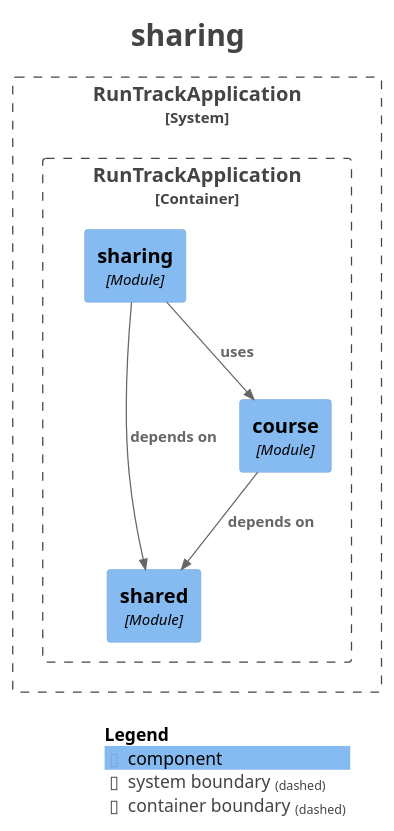
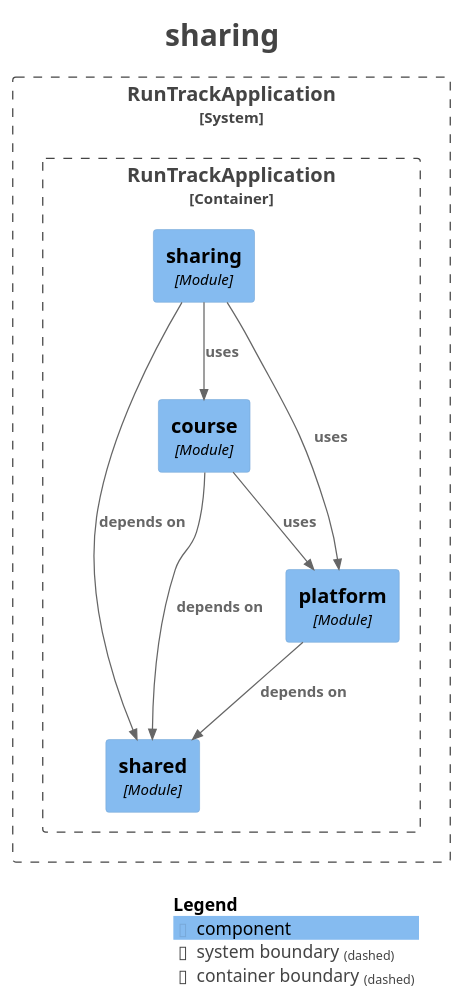
One commit to ThoRibeiro/runtrack changed the diagram in docs/modules/module-sharing.puml. Above: the diagram before and after it, drawn with PlantUML. The commit also changed 37 other files, not shown here.

```diff
--- a/docs/modules/module-sharing.puml
+++ b/docs/modules/module-sharing.puml
@@ -1,33 +1,37 @@
 @startuml
 title <size:24>sharing</size>
 
 set separator none
 top to bottom direction
 
 <style>
   root {
     BackgroundColor: #ffffff
     FontColor: #444444
   }
 </style>
 
 !include <C4/C4>
 !include <C4/C4_Context>
 !include <C4/C4_Component>
 
 System_Boundary("RunTrackApplication_boundary", "RunTrackApplication", $tags="") {
   Container_Boundary("RunTrackApplication.RunTrackApplication_boundary", "RunTrackApplication", $tags="") {
     Component(RunTrackApplication.RunTrackApplication.sharing, "sharing", $techn="Module", $descr="", $tags="", $link="")
     Component(RunTrackApplication.RunTrackApplication.shared, "shared", $techn="Module", $descr="", $tags="", $link="")
+    Component(RunTrackApplication.RunTrackApplication.platform, "platform", $techn="Module", $descr="", $tags="", $link="")
     Component(RunTrackApplication.RunTrackApplication.course, "course", $techn="Module", $descr="", $tags="", $link="")
   }
 
 }
 
+Rel(RunTrackApplication.RunTrackApplication.course, RunTrackApplication.RunTrackApplication.shared, "depends on", $techn="", $tags="", $link="")
+Rel(RunTrackApplication.RunTrackApplication.course, RunTrackApplication.RunTrackApplication.platform, "uses", $techn="", $tags="", $link="")
+Rel(RunTrackApplication.RunTrackApplication.platform, RunTrackApplication.RunTrackApplication.shared, "depends on", $techn="", $tags="", $link="")
 Rel(RunTrackApplication.RunTrackApplication.sharing, RunTrackApplication.RunTrackApplication.shared, "depends on", $techn="", $tags="", $link="")
+Rel(RunTrackApplication.RunTrackApplication.sharing, RunTrackApplication.RunTrackApplication.platform, "uses", $techn="", $tags="", $link="")
 Rel(RunTrackApplication.RunTrackApplication.sharing, RunTrackApplication.RunTrackApplication.course, "uses", $techn="", $tags="", $link="")
-Rel(RunTrackApplication.RunTrackApplication.course, RunTrackApplication.RunTrackApplication.shared, "depends on", $techn="", $tags="", $link="")
 
 SHOW_LEGEND(true)
 hide stereotypes
 @enduml
```
